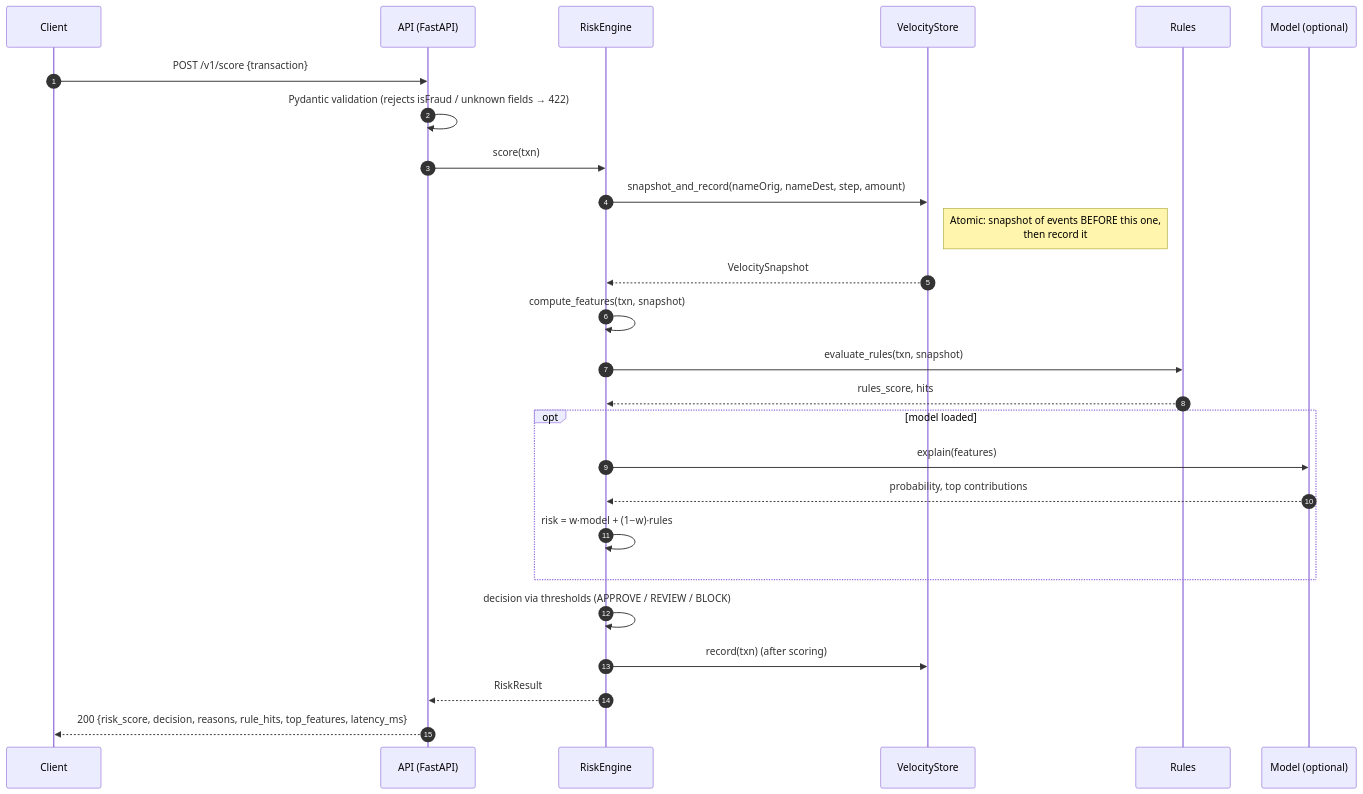
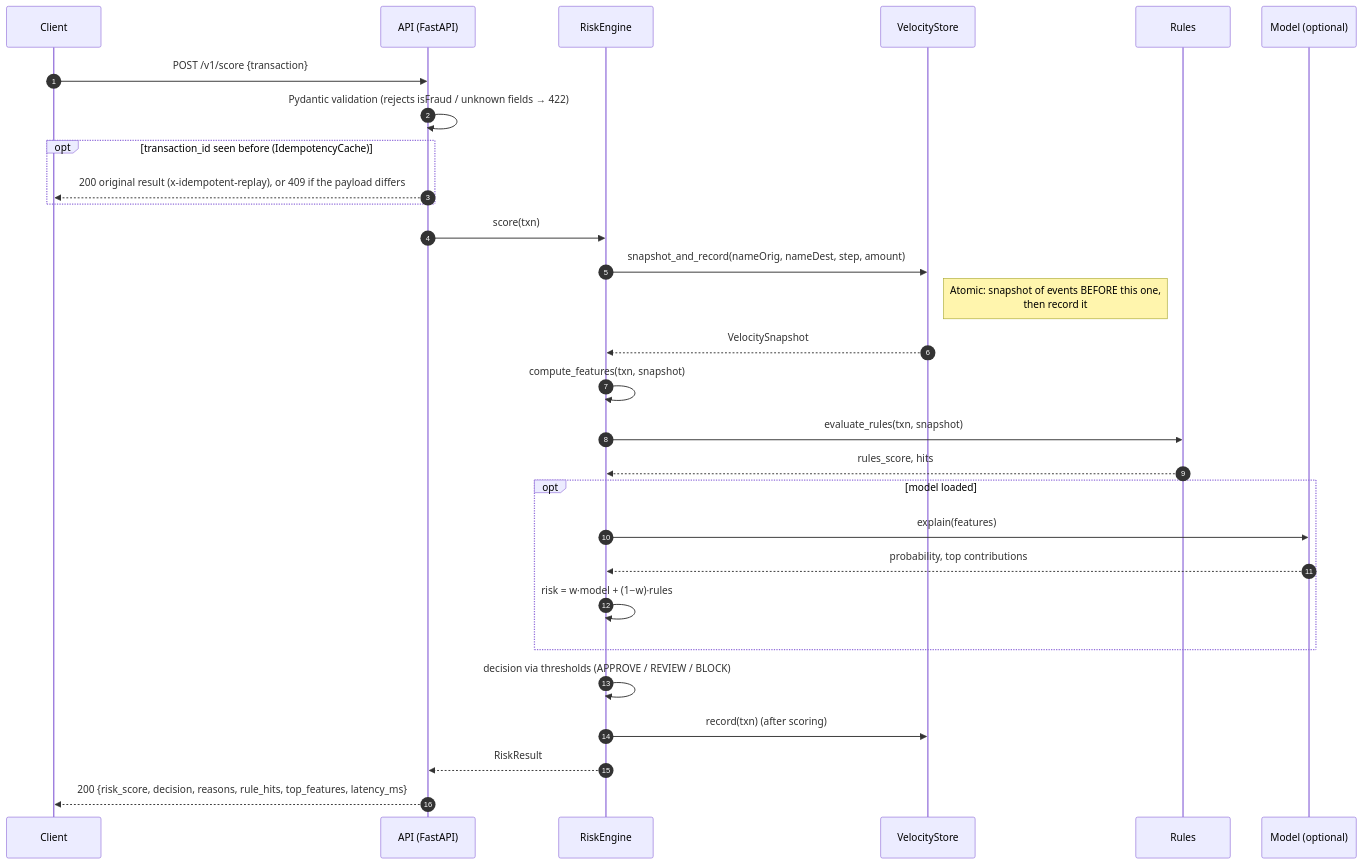
One commit to Csaf111/realtime-fraud-risk-engine changed the second of 5 diagrams in docs/architecture.md. Above: the diagram before and after it, drawn with Mermaid. The commit also changed other lines of this file and 9 other files, not shown here.

````diff
--- a/docs/architecture.md
+++ b/docs/architecture.md
@@ -21,29 +21,32 @@
 ```mermaid
 sequenceDiagram
     autonumber
     participant C as Client
     participant A as API (FastAPI)
     participant E as RiskEngine
     participant S as VelocityStore
     participant R as Rules
     participant M as Model (optional)
 
     C->>A: POST /v1/score {transaction}
     A->>A: Pydantic validation (rejects isFraud / unknown fields → 422)
+    opt transaction_id seen before (IdempotencyCache)
+        A-->>C: 200 original result (x-idempotent-replay), or 409 if the payload differs
+    end
     A->>E: score(txn)
     E->>S: snapshot_and_record(nameOrig, nameDest, step, amount)
     Note right of S: Atomic: snapshot of events BEFORE this one,<br/>then record it
     S-->>E: VelocitySnapshot
     E->>E: compute_features(txn, snapshot)
     E->>R: evaluate_rules(txn, snapshot)
     R-->>E: rules_score, hits
     opt model loaded
         E->>M: explain(features)
         M-->>E: probability, top contributions
         E->>E: risk = w·model + (1−w)·rules
     end
     E->>E: decision via thresholds (APPROVE / REVIEW / BLOCK)
     E->>S: record(txn)  (after scoring)
     E-->>A: RiskResult
     A-->>C: 200 {risk_score, decision, reasons, rule_hits, top_features, latency_ms}
 ```
````
